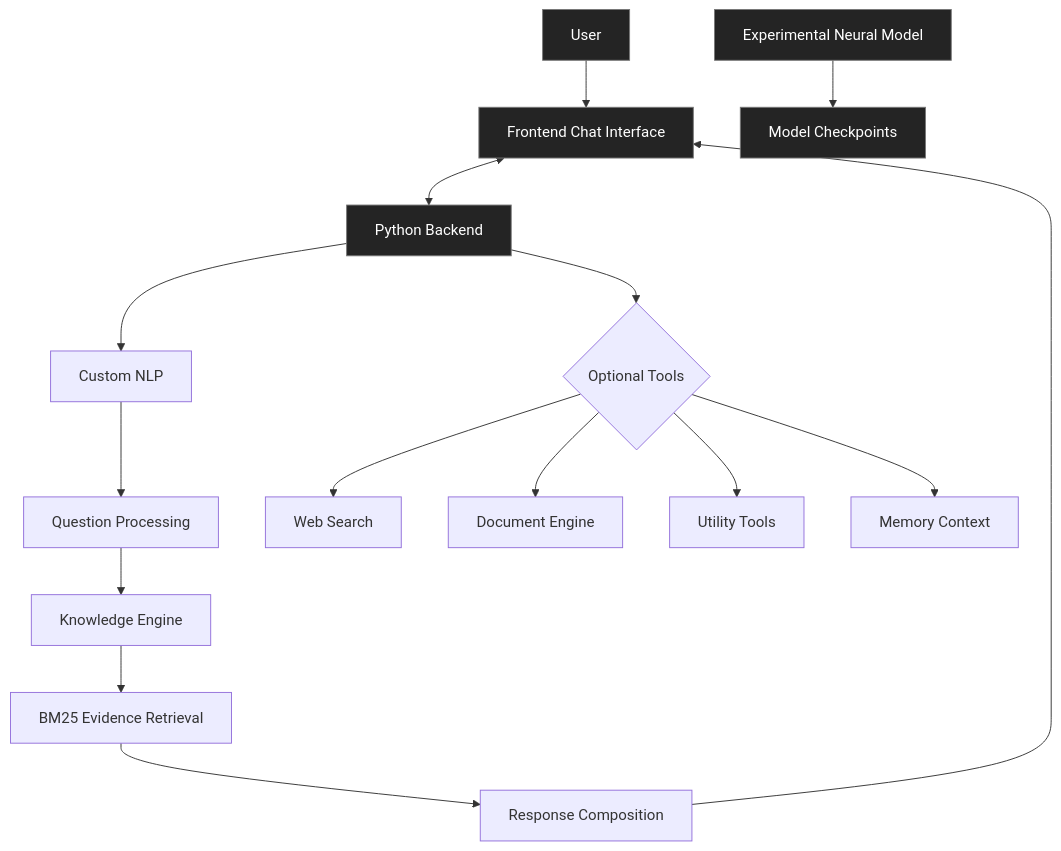
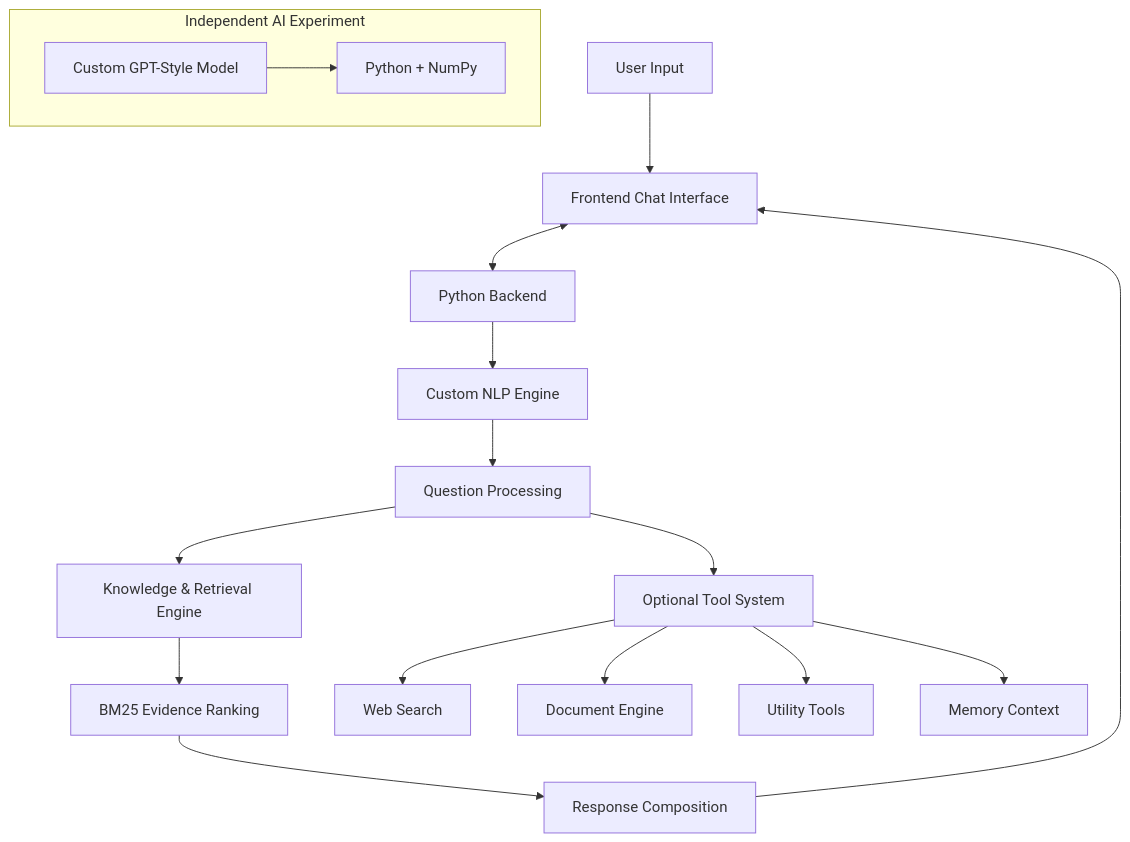
Before and after one commit to omarabualnasr/ArabLens: the diagram in README.md, drawn with Mermaid. The commit also changed other lines of this file, not shown here.

````diff
--- a/README.md
+++ b/README.md
@@ -113,26 +164,25 @@
 ```mermaid
 flowchart TD
-    A[User] --> B[Frontend Chat Interface]
-    B <--> C[Python Backend]
+    A["User Input"] --> B["Frontend Chat Interface"]
+    B <--> C["Python Backend"]
 
-    C --> D[Custom NLP]
-    D --> E[Question Processing]
-    E --> F[Knowledge Engine]
-    F --> G[BM25 Evidence Retrieval]
-    G --> H[Response Composition]
+    C --> D["Custom NLP Engine"]
+    D --> E["Question Processing"]
+    E --> F["Knowledge & Retrieval Engine"]
+    F --> G["BM25 Evidence Ranking"]
+    G --> H["Response Composition"]
     H --> B
 
-    C --> I{Optional Tools}
-    I --> J[Web Search]
-    I --> K[Document Engine]
-    I --> L[Utility Tools]
-    I --> M[Memory Context]
+    E --> I["Optional Tool System"]
 
-    N[Experimental Neural Model] --> O[Model Checkpoints]
+    I --> J["Web Search"]
+    I --> K["Document Engine"]
+    I --> L["Utility Tools"]
+    I --> M["Memory Context"]
 
-    style A fill:#242424,color:#ffffff,stroke:#777777
-    style B fill:#242424,color:#ffffff,stroke:#777777
-    style C fill:#242424,color:#ffffff,stroke:#777777
-    style N fill:#242424,color:#ffffff,stroke:#777777
-    style O fill:#242424,color:#ffffff,stroke:#777777
+    subgraph EXP["Independent AI Experiment"]
+        N["Custom GPT-Style Model"]
+        O["Python + NumPy"]
+        N --> O
+    end
 ```
````
